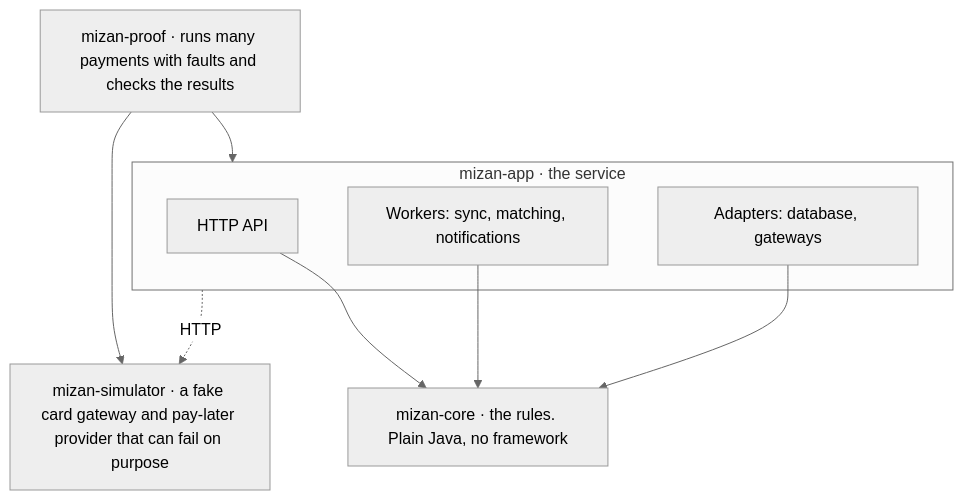
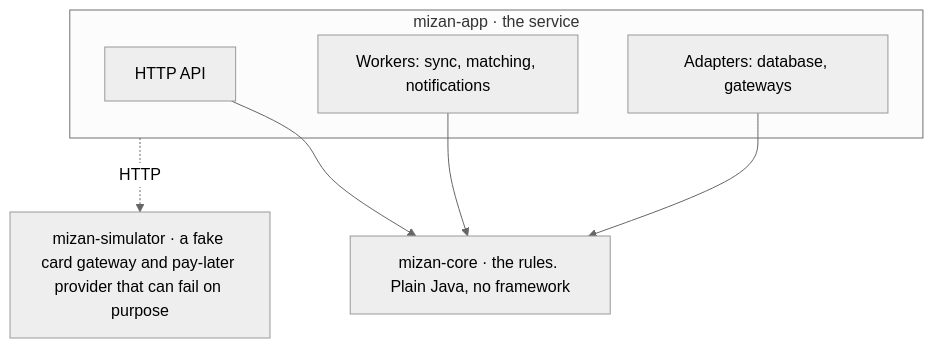
The second of 6 diagrams in docs/DESIGN.md (ibrahimahmed237/mizan-payments), drawn with Mermaid (neutral theme) before and after one commit. The commit also changed other lines of this file and 6 other files, not shown here.

````diff
--- a/docs/DESIGN.md
+++ b/docs/DESIGN.md
@@ -107,17 +107,14 @@
 ```mermaid
 flowchart TB
   subgraph app[mizan-app · the service]
     API[HTTP API]
     W[Workers: sync, matching, notifications]
     AD[Adapters: database, gateways]
   end
   core[mizan-core · the rules. Plain Java, no framework]
   sim[mizan-simulator · a fake card gateway and pay-later provider that can fail on purpose]
-  proof[mizan-proof · runs many payments with faults and checks the results]
   API --> core
   W --> core
   AD --> core
-  proof --> app
-  proof --> sim
   app -. HTTP .-> sim
 ```
````
